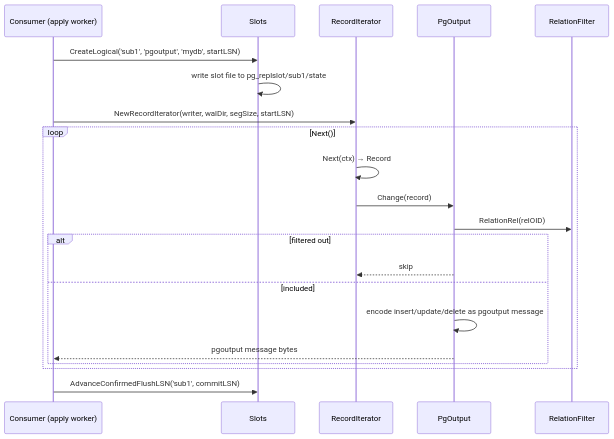
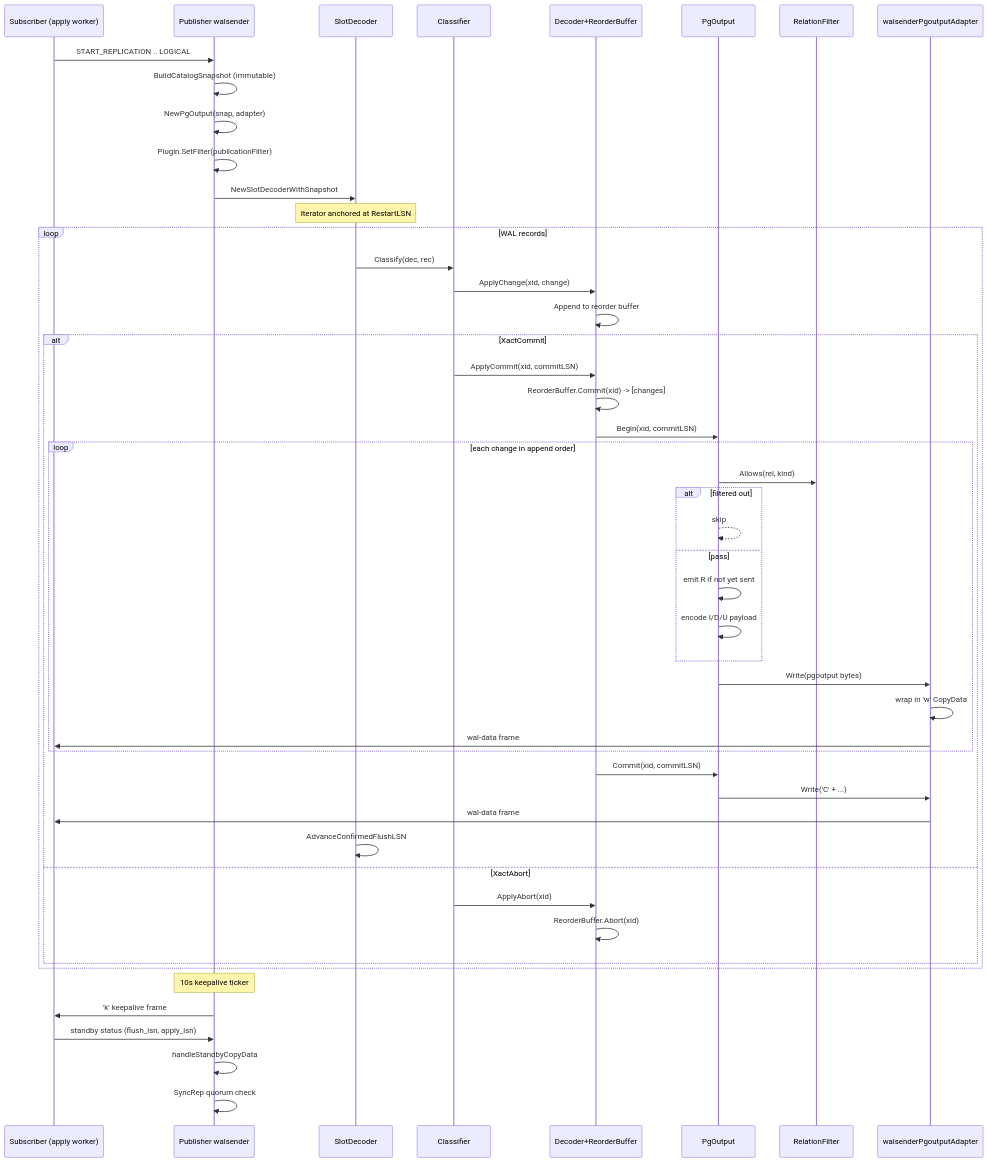
One commit to ryogrid/goopg changed the sixth of 7 diagrams in docs/wiki/modules/xlog.md. Above: the diagram before and after it, drawn with Mermaid. The commit also changed other lines of this file, not shown here.

Commit message:
docs(wiki): xlog — detailed logical replication section — M-NIGHTLY

````diff
--- a/docs/wiki/modules/xlog.md
+++ b/docs/wiki/modules/xlog.md
@@ -974,23 +1218,56 @@
 ```mermaid
 sequenceDiagram
-    participant C as Consumer (apply worker)
-    participant S as Slots
-    participant IT as RecordIterator
-    participant P as PgOutput
-    participant F as RelationFilter
-C->>S: CreateLogical('sub1', 'pgoutput', 'mydb', startLSN)
-    S->>S: write slot file to pg_replslot/sub1/state
-    C->>IT: NewRecordIterator(writer, walDir, segSize, startLSN)
-    loop Next()
-        IT->>IT: Next(ctx) → Record
-        IT->>P: Change(record)
-        P->>F: RelationRel(relOID)
-        alt filtered out
-            P-->>IT: skip
-        else included
-            P->>P: encode insert/update/delete as pgoutput message
-            P-->>C: pgoutput message bytes
+    participant Sub as Subscriber (apply worker)
+    participant Pub as Publisher walsender
+    participant SD as SlotDecoder
+    participant CI as Classifier
+    participant DR as Decoder+ReorderBuffer
+    participant PO as PgOutput
+    participant AF as RelationFilter
+    participant W as walsenderPgoutputAdapter
+
+    Sub->>Pub: START_REPLICATION .. LOGICAL
+    Pub->>Pub: BuildCatalogSnapshot (immutable)
+    Pub->>Pub: NewPgOutput(snap, adapter)
+    Pub->>Pub: Plugin.SetFilter(publicationFilter)
+    Pub->>SD: NewSlotDecoderWithSnapshot
+
+    Note over SD: Iterator anchored at RestartLSN
+
+    loop WAL records
+        SD->>CI: Classify(dec, rec)
+        CI->>DR: ApplyChange(xid, change)
+        DR->>DR: Append to reorder buffer
+
+        alt XactCommit
+            CI->>DR: ApplyCommit(xid, commitLSN)
+            DR->>DR: ReorderBuffer.Commit(xid) -> [changes]
+            DR->>PO: Begin(xid, commitLSN)
+            loop each change in append order
+                PO->>AF: Allows(rel, kind)
+                alt filtered out
+                    PO-->>PO: skip
+                else pass
+                    PO->>PO: emit R if not yet sent
+                    PO->>PO: encode I/D/U payload
+                end
+                PO->>W: Write(pgoutput bytes)
+                W->>W: wrap in 'w' CopyData
+                W->>Sub: wal-data frame
+            end
+            DR->>PO: Commit(xid, commitLSN)
+            PO->>W: Write('C' + ...)
+            W->>Sub: wal-data frame
+            SD->>SD: AdvanceConfirmedFlushLSN
+        else XactAbort
+            CI->>DR: ApplyAbort(xid)
+            DR->>DR: ReorderBuffer.Abort(xid)
         end
     end
-C->>S: AdvanceConfirmedFlushLSN('sub1', commitLSN)
+
+    Note over Pub: 10s keepalive ticker
+    Pub->>Sub: 'k' keepalive frame
+    Sub->>Pub: standby status (flush_lsn, apply_lsn)
+    Pub->>Pub: handleStandbyCopyData
+    Pub->>Pub: SyncRep quorum check
 ```
````
